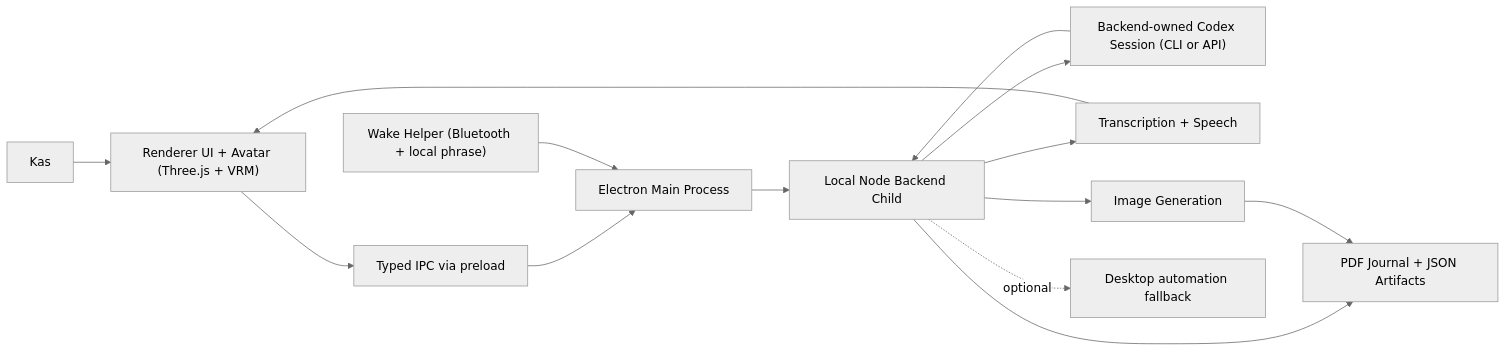
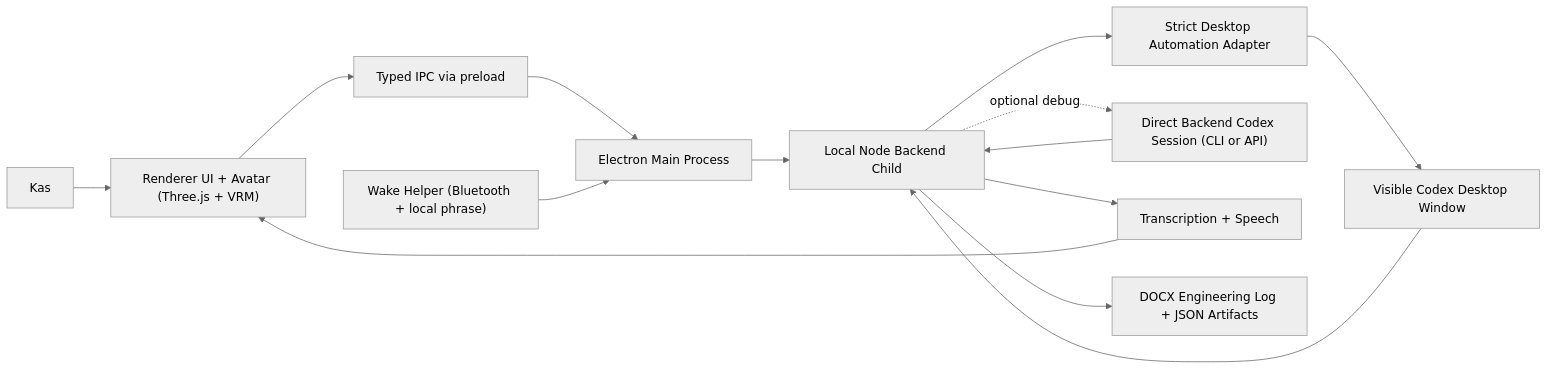
The diagram in docs/architecture.md (KAS-049/Parad0xLabs-AI_Desktop_Operator), drawn with Mermaid (neutral theme) before and after one commit. The commit also changed other lines of this file and 29 other files, not shown here.

````diff
--- a/docs/architecture.md
+++ b/docs/architecture.md
@@ -3,16 +3,16 @@
 ```mermaid
 flowchart LR
   U["Kas"] --> R["Renderer UI + Avatar (Three.js + VRM)"]
   R --> P["Typed IPC via preload"]
   P --> M["Electron Main Process"]
   M --> B["Local Node Backend Child"]
-  B --> C["Backend-owned Codex Session (CLI or API)"]
+  B --> D["Strict Desktop Automation Adapter"]
+  D --> C["Visible Codex Desktop Window"]
+  B -. optional debug .-> X["Direct Backend Codex Session (CLI or API)"]
   B --> T["Transcription + Speech"]
-  B --> J["PDF Journal + JSON Artifacts"]
-  B --> G["Image Generation"]
-  B -. optional .-> F["Desktop automation fallback"]
+  B --> J["DOCX Engineering Log + JSON Artifacts"]
   W["Wake Helper (Bluetooth + local phrase)"] --> M
   C --> B
+  X --> B
   T --> R
-  G --> J
 ```
````
